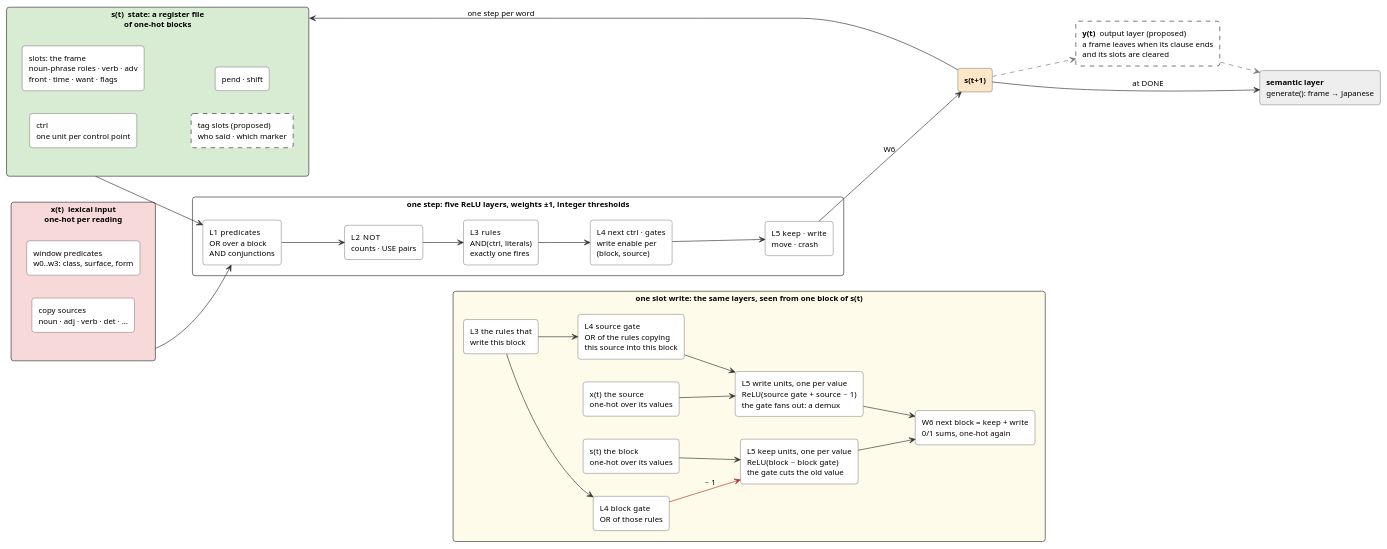
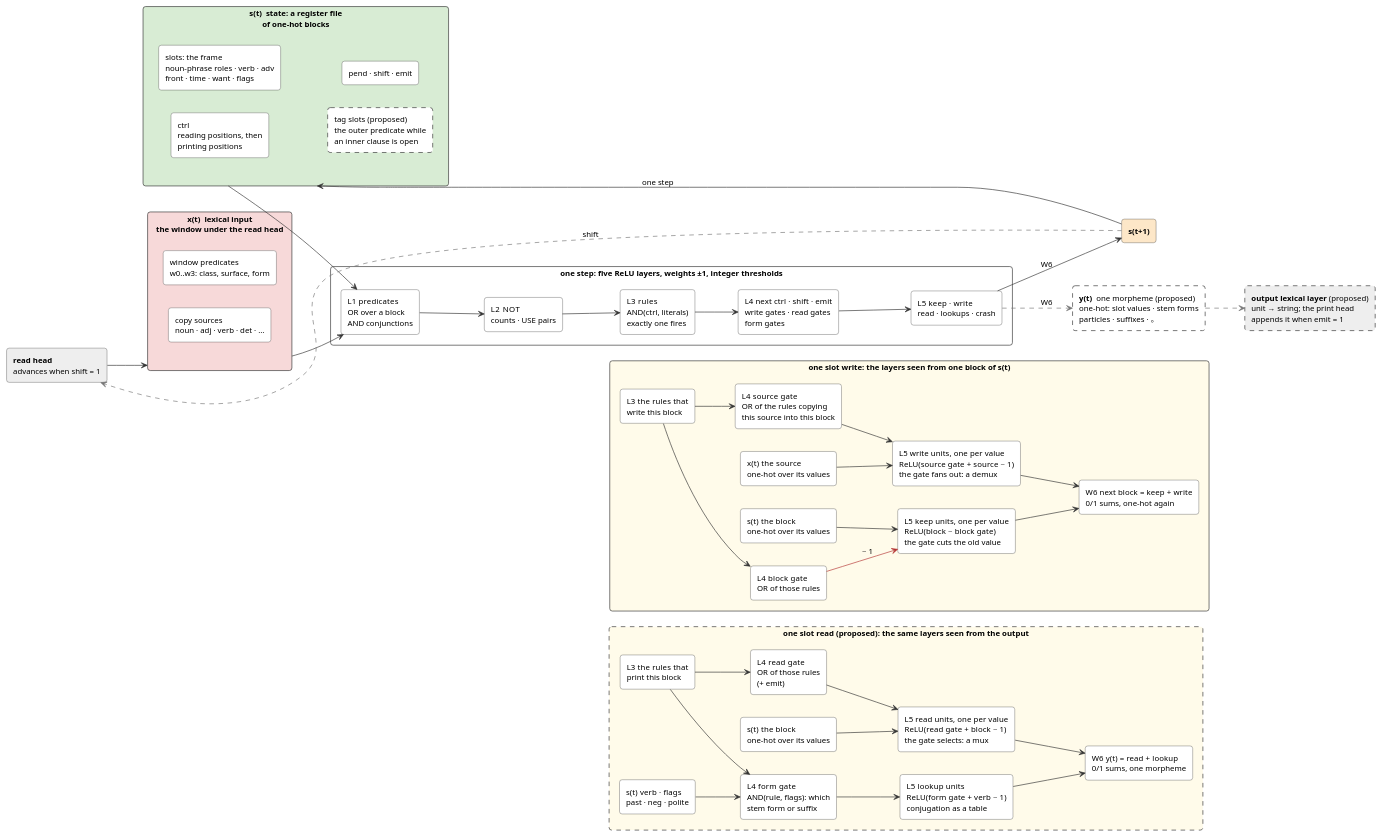
Before and after one commit to liuzix/RNNTranslator: the diagram in docs/cell.puml, drawn with PlantUML. The commit also changed 6 other files, not shown here.

```diff
--- a/docs/cell.puml
+++ b/docs/cell.puml
@@ -1,74 +1,97 @@
 @startuml cell
-' The compiled cell as a recurrent network: a one-hot register file for the state, five ReLU layers per step, a 0/1
-' readout into the next state, and the recurrence; below it, one slot write drawn as the circuit the layers make of it.
+' The compiled cell as a recurrent network with two heads: a read head over the English (advanced by the shift unit) and a
+' print head over the Japanese (advanced by the emit unit).  One state, one set of layers; reading rules consume a token
+' and write slots, printing rules read slots and emit a token.  Below, one slot write and its mirror, one slot read.
 ' Dashed boxes are proposed, not built.  Rendered hermetically by `harness/render_diagram.py` with the PlantUML jar
 ' pinned in docs/architecture.lock.json.
 skinparam shadowing false
 skinparam defaultFontName sans-serif
 skinparam defaultFontSize 12
 skinparam ArrowColor #333333
 skinparam rectangle {
   BorderColor #333333
   BackgroundColor #FFFFFF
   RoundCorner 8
 }
 left to right direction
 
-rectangle "**one slot write**: the same layers, seen from one block of s(t)" as WRITE #FFFBEA {
+rectangle "**x(t)**  lexical input\nthe window under the read head" as X #F7D9D9 {
+  rectangle "window predicates\nw0..w3: class, surface, form" as XP
+  rectangle "copy sources\nnoun · adj · verb · det · …" as XS
+}
+
+rectangle "**s(t)**  state: a register file\nof one-hot blocks" as S #D8ECD4 {
+  rectangle "ctrl\nreading positions, then\nprinting positions" as CTRL
+  rectangle "slots: the frame\nnoun-phrase roles · verb · adv\nfront · time · want · flags" as SLOTS
+  rectangle "tag slots (proposed)\nthe outer predicate while\nan inner clause is open" as TAGS #FFFFFF;line.dashed
+  rectangle "pend · shift · emit" as PEND
+}
+
+rectangle "**one step**: five ReLU layers, weights ±1, integer thresholds" as STEP {
+  rectangle "L1  predicates\nOR over a block\nAND conjunctions" as L1
+  rectangle "L2  NOT\ncounts · USE pairs" as L2
+  rectangle "L3  rules\nAND(ctrl, literals)\nexactly one fires" as L3
+  rectangle "L4  next ctrl · shift · emit\nwrite gates · read gates\nform gates" as L4
+  rectangle "L5  keep · write\nread · lookups · crash" as L5
+}
+
+rectangle "**s(t+1)**" as SN #FDE7C8
+rectangle "**y(t)**  one morpheme (proposed)\none-hot: slot values · stem forms\nparticles · suffixes · 。" as Y #FFFFFF;line.dashed
+rectangle "**output lexical layer** (proposed)\nunit → string; the print head\nappends it when emit = 1" as OUT #EEEEEE;line.dashed
+rectangle "**read head**\nadvances when shift = 1" as HEAD #EEEEEE
+
+rectangle "**one slot write**: the layers seen from one block of s(t)" as WRITE #FFFBEA {
   rectangle "L3  the rules that\nwrite this block" as RULE
   rectangle "x(t)  the source\none-hot over its values" as SRC
   rectangle "s(t)  the block\none-hot over its values" as OLD
   rectangle "L4  block gate\nOR of those rules" as GATE
   rectangle "L4  source gate\nOR of the rules copying\nthis source into this block" as GSRC
   rectangle "L5  write units, one per value\nReLU(source gate + source − 1)\nthe gate fans out: a demux" as ANDU
   rectangle "L5  keep units, one per value\nReLU(block − block gate)\nthe gate cuts the old value" as KEEP
   rectangle "W6  next block = keep + write\n0/1 sums, one-hot again" as NEXTB
   RULE --> GATE
   RULE --> GSRC
   GSRC --> ANDU
   GATE -[#B33333]-> KEEP : −1
   SRC --> ANDU
   OLD --> KEEP
   ANDU --> NEXTB
   KEEP --> NEXTB
 }
 
-rectangle "**x(t)**  lexical input\none-hot per reading" as X #F7D9D9 {
-  rectangle "window predicates\nw0..w3: class, surface, form" as XP
-  rectangle "copy sources\nnoun · adj · verb · det · …" as XS
+rectangle "**one slot read** (proposed): the same layers seen from the output" as READ #FFFBEA;line.dashed {
+  rectangle "L3  the rules that\nprint this block" as RRULE
+  rectangle "s(t)  the block\none-hot over its values" as RBLK
+  rectangle "s(t)  verb · flags\npast · neg · polite" as RFLAGS
+  rectangle "L4  read gate\nOR of those rules\n(+ emit)" as RGATE
+  rectangle "L4  form gate\nAND(rule, flags): which\nstem form or suffix" as RFORM
+  rectangle "L5  read units, one per value\nReLU(read gate + block − 1)\nthe gate selects: a mux" as RAND
+  rectangle "L5  lookup units\nReLU(form gate + verb − 1)\nconjugation as a table" as RLOOK
+  rectangle "W6  y(t) = read + lookup\n0/1 sums, one morpheme" as YTOK
+  RRULE --> RGATE
+  RRULE --> RFORM
+  RBLK --> RAND
+  RGATE --> RAND
+  RFLAGS --> RFORM
+  RFORM --> RLOOK
+  RAND --> YTOK
+  RLOOK --> YTOK
 }
 
-rectangle "**s(t)**  state: a register file\nof one-hot blocks" as S #D8ECD4 {
-  rectangle "ctrl\none unit per control point" as CTRL
-  rectangle "slots: the frame\nnoun-phrase roles · verb · adv\nfront · time · want · flags" as SLOTS
-  rectangle "tag slots (proposed)\nwho said · which marker" as TAGS #FFFFFF;line.dashed
-  rectangle "pend · shift" as PEND
-}
-
-rectangle "**one step**: five ReLU layers, weights ±1, integer thresholds" as STEP {
-  rectangle "L1  predicates\nOR over a block\nAND conjunctions" as L1
-  rectangle "L2  NOT\ncounts · USE pairs" as L2
-  rectangle "L3  rules\nAND(ctrl, literals)\nexactly one fires" as L3
-  rectangle "L4  next ctrl · gates\nwrite enable per\n(block, source)" as L4
-  rectangle "L5  keep · write\nmove · crash" as L5
-}
-
-rectangle "**s(t+1)**" as SN #FDE7C8
-rectangle "**y(t)**  output layer (proposed)\na frame leaves when its clause ends\nand its slots are cleared" as Y #FFFFFF;line.dashed
-rectangle "**semantic layer**\ngenerate(): frame → Japanese" as GEN #EEEEEE
-
+HEAD --> X
 X --> L1
 S --> L1
 L1 --> L2
 L2 --> L3
 L3 --> L4
 L4 --> L5
 L5 --> SN : W6
-SN --> S : one step per word
-SN --> GEN : at DONE
-SN .[#777777].> Y
-Y .[#777777].> GEN
+L5 .[#777777].> Y : W6
+SN --> S : one step
+Y .[#777777].> OUT
+SN .[#777777,norank].> HEAD : shift
 
-' the inset's columns line up with the layers they zoom into
+' the insets' columns line up with the layers they zoom into
 L2 -[hidden]-> RULE
+L2 -[hidden]-> RRULE
 @enduml
```
